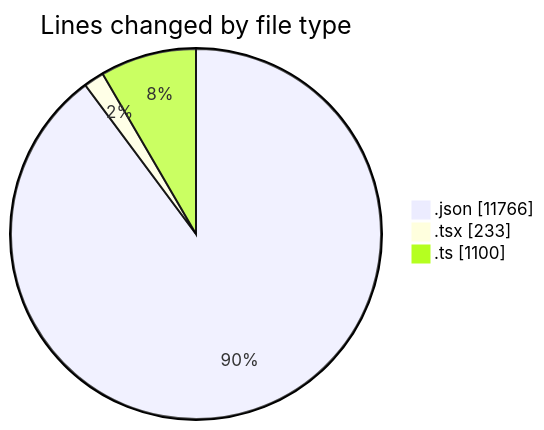
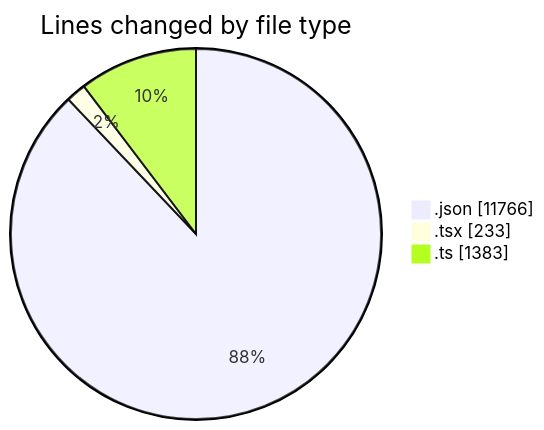
One commit to nxtqubesakshisongat/code-tracking changed the first of 2 diagrams in 2026-04-16/airfeed-analytics-dashboard/README.md. Above: the diagram before and after it, drawn with Mermaid. The commit also changed other lines of this file and 1 other file, not shown here.

````diff
--- a/2026-04-16/airfeed-analytics-dashboard/README.md
+++ b/2026-04-16/airfeed-analytics-dashboard/README.md
@@ -25,7 +25,7 @@
 ```mermaid
 pie showData
 title Lines changed by file type
 ".json" : 11766
 ".tsx" : 233
-".ts" : 1100
+".ts" : 1383
 ```
````
